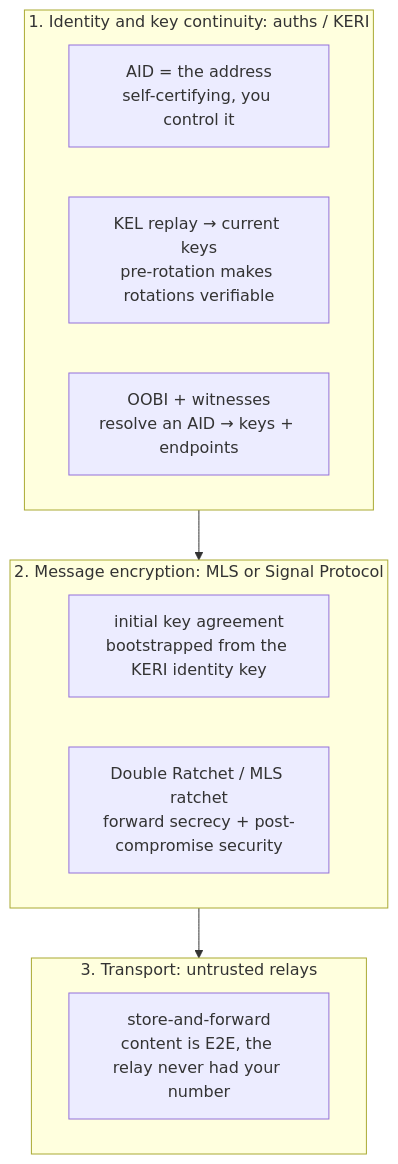
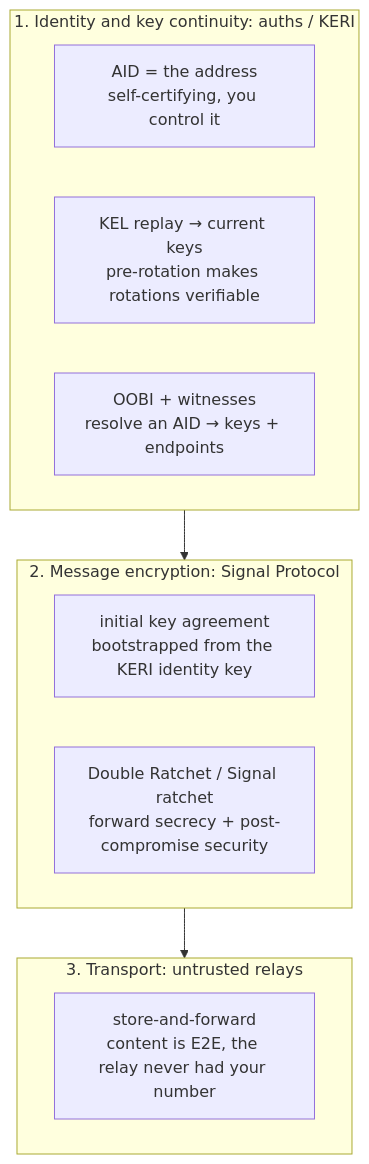
One commit to auths-dev/auths changed the first of 2 diagrams in .recurve/prds/go_to_market/sovereign_messenger.md. Above: the diagram before and after it, drawn with Mermaid. The commit also changed other lines of this file and 2 other files, not shown here.

Commit message:
chore: pending working-tree edits (sovereign-messenger MLS→Signal; architectural-review notes)

````diff
--- a/.recurve/prds/go_to_market/sovereign_messenger.md
+++ b/.recurve/prds/go_to_market/sovereign_messenger.md
@@ -32,16 +32,16 @@
 ```mermaid
 flowchart TB
     subgraph id["1. Identity and key continuity: auths / KERI"]
         AID["AID = the address<br/>self-certifying, you control it"]
         KEL["KEL replay → current keys<br/>pre-rotation makes rotations verifiable"]
         OOBI["OOBI + witnesses<br/>resolve an AID → keys + endpoints"]
     end
-    subgraph enc["2. Message encryption: MLS or Signal Protocol"]
+    subgraph enc["2. Message encryption: Signal Protocol"]
         X3DH["initial key agreement<br/>bootstrapped from the KERI identity key"]
-        RATCHET["Double Ratchet / MLS ratchet<br/>forward secrecy + post-compromise security"]
+        RATCHET["Double Ratchet / Signal ratchet<br/>forward secrecy + post-compromise security"]
     end
     subgraph net["3. Transport: untrusted relays"]
         RELAY["store-and-forward<br/>content is E2E, the relay never had your number"]
     end
     id --> enc --> net
 ```
````
